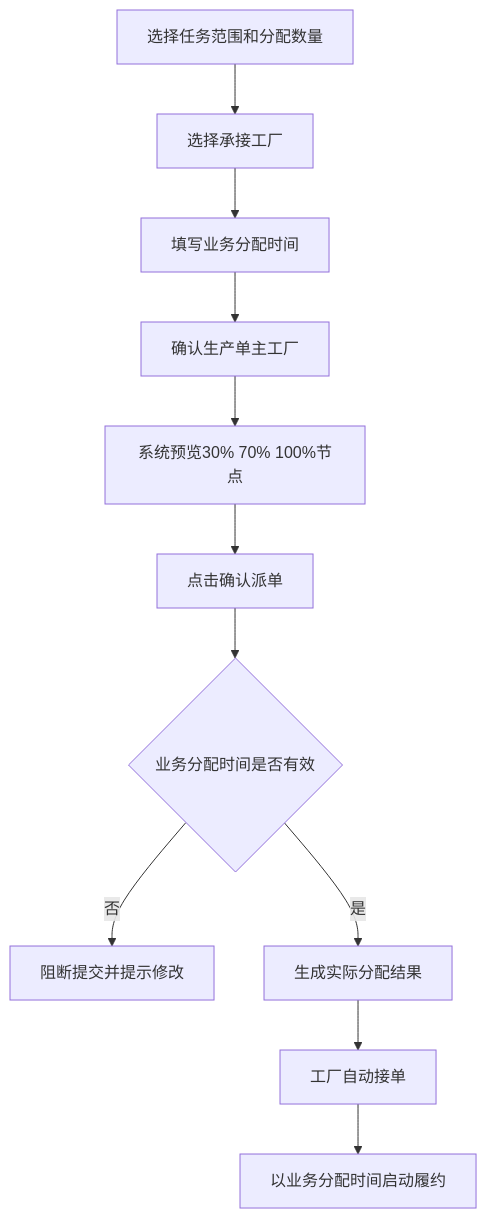
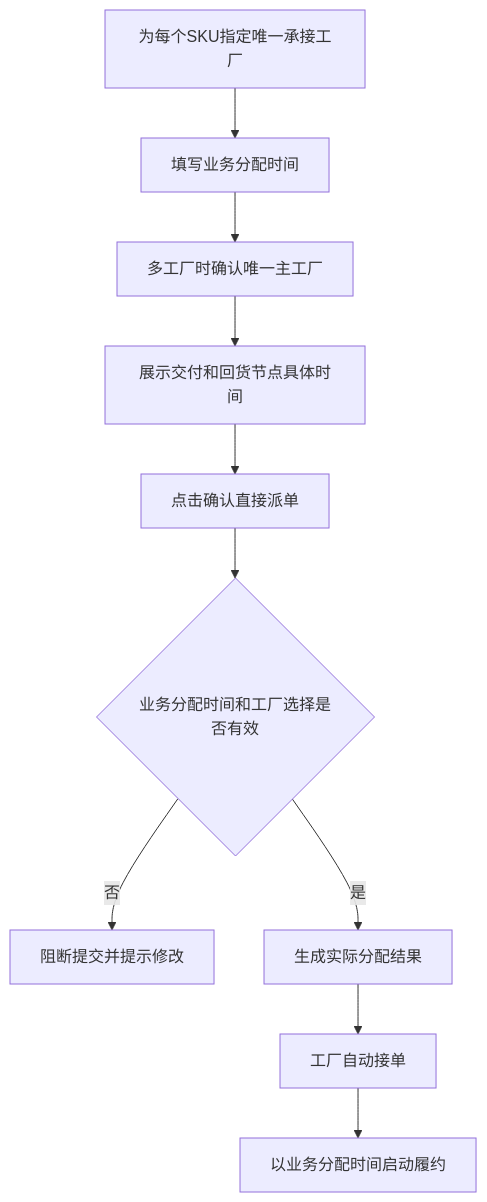
Before and after one commit to laoertongxue/higoods: the third of 12 diagrams in docs/product-design/含车缝任务交付与回货时效产品需求文档.md, drawn with Mermaid. The commit also changed other lines of this file and 1 other file, not shown here.

````diff
--- a/docs/product-design/含车缝任务交付与回货时效产品需求文档.md
+++ b/docs/product-design/含车缝任务交付与回货时效产品需求文档.md
@@ -271,13 +272,12 @@
 ```mermaid
 flowchart TD
-  A["选择任务范围和分配数量"] --> B["选择承接工厂"]
-  B --> C["填写业务分配时间"]
-  C --> D["确认生产单主工厂"]
-  D --> E["系统预览30% 70% 100%节点"]
-  E --> F["点击确认派单"]
-  F --> G{"业务分配时间是否有效"}
+  A["为每个SKU指定唯一承接工厂"] --> B["填写业务分配时间"]
+  B --> C["多工厂时确认唯一主工厂"]
+  C --> D["展示交付和回货节点具体时间"]
+  D --> E["点击确认直接派单"]
+  E --> G{"业务分配时间和工厂选择是否有效"}
   G -->|否| H["阻断提交并提示修改"]
   G -->|是| I["生成实际分配结果"]
   I --> J["工厂自动接单"]
   J --> K["以业务分配时间启动履约"]
 ```
````
